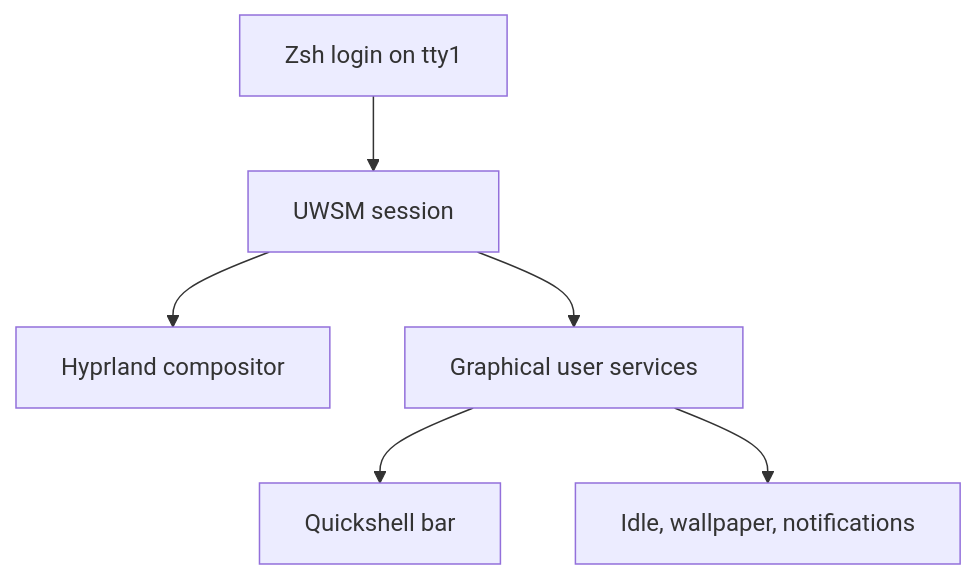
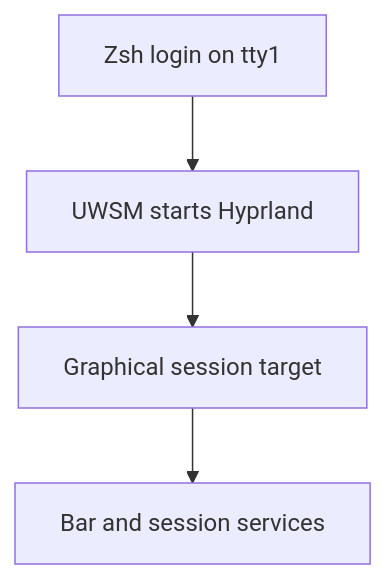
The diagram in docs/content/guides/arch-desktop.md (sneivandt/dotfiles), drawn with Mermaid before and after one commit. The commit also changed other lines of this file and 38 other files, not shown here.

````diff
--- a/docs/content/guides/arch-desktop.md
+++ b/docs/content/guides/arch-desktop.md
@@ -225,10 +213,8 @@
 ```mermaid
 flowchart TB
     accTitle: Who starts the Arch desktop components
     accDescr: The managed Zsh profile starts UWSM from tty1. UWSM starts Hyprland and manages graphical-session user services; these services run Quickshell, idle management, wallpaper, and notifications instead of using Hyprland autostart.
-    Login["Zsh login on tty1"] --> UWSM["UWSM session"]
-    UWSM --> Hyprland["Hyprland compositor"]
-    UWSM --> Services["Graphical user services"]
-    Services --> Shell["Quickshell bar"]
-    Services --> Daemons["Idle, wallpaper, notifications"]
+    Login["Zsh login on tty1"] --> UWSM["UWSM starts Hyprland"]
+    UWSM --> Target["Graphical session target"]
+    Target --> Services["Bar and session services"]
 ```
````
